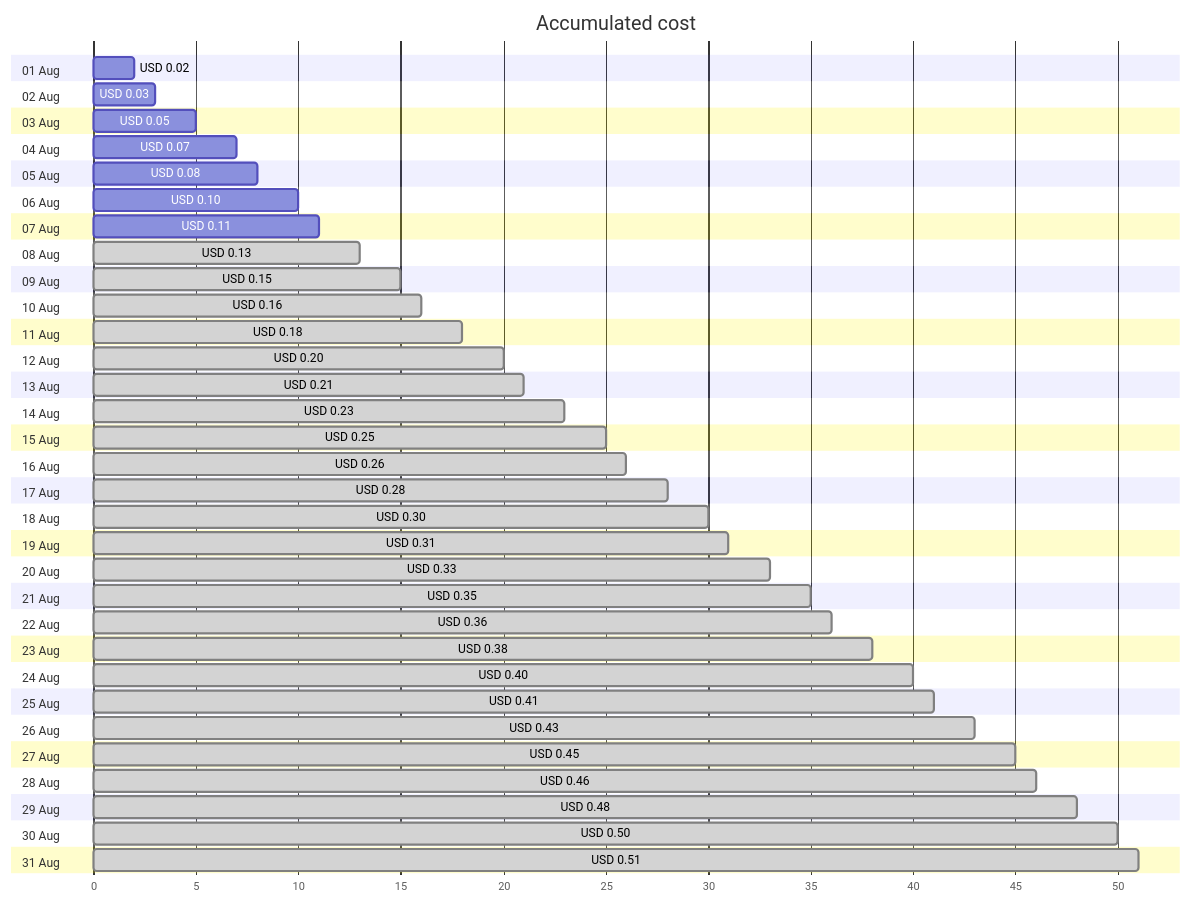
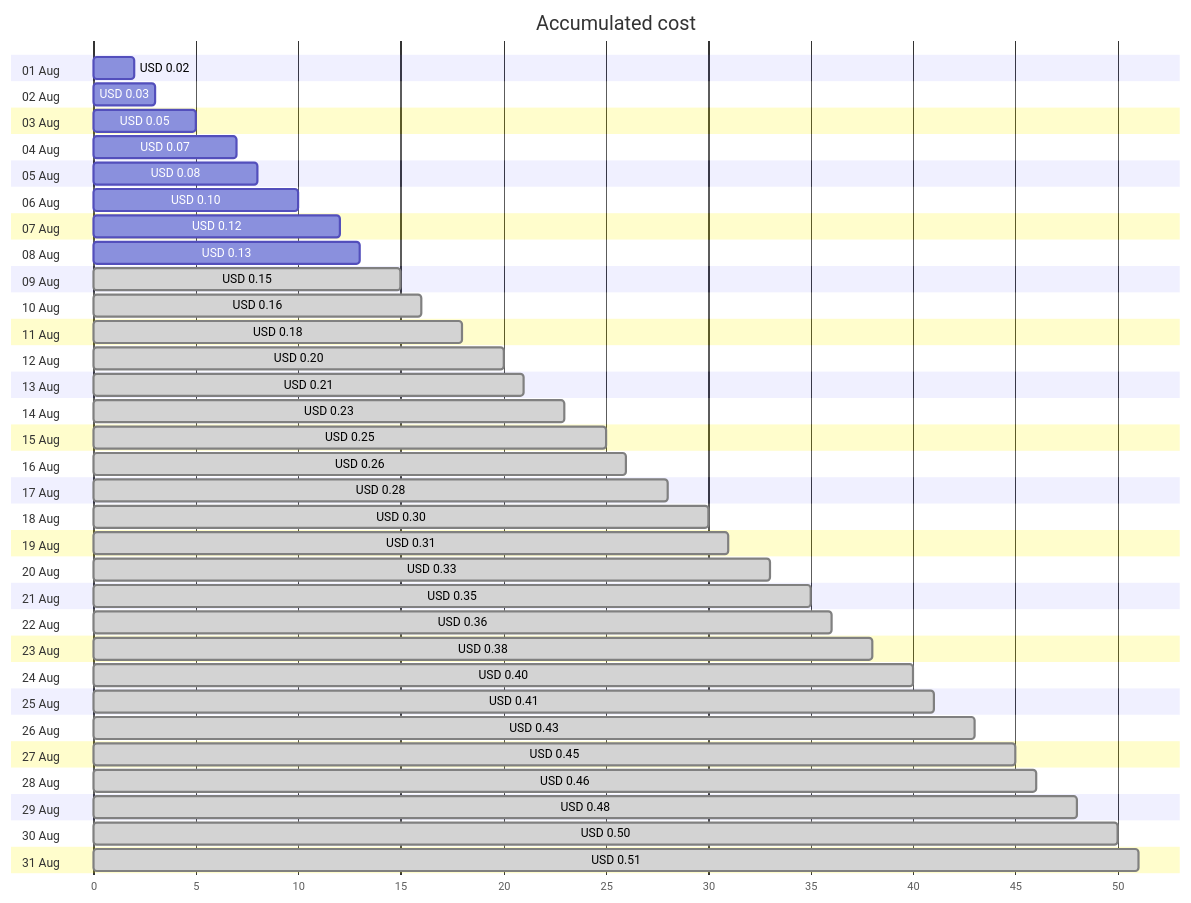
The first of 4 diagrams in cost-reports/personal-dns/jpatrickfulton.dev.md (jpfulton/azure-personal-reports), drawn with Mermaid before and after one commit. The commit also changed other lines of this file and 2 other files, not shown here.

````diff
--- a/cost-reports/personal-dns/jpatrickfulton.dev.md
+++ b/cost-reports/personal-dns/jpatrickfulton.dev.md
@@ -20,68 +20,68 @@
 ```mermaid
 gantt
    title Accumulated cost
    dateFormat  X
    axisFormat %s
    section 01 Aug
    USD 0.02 :0, 2
    section 02 Aug
    USD 0.03 :0, 3
    section 03 Aug
    USD 0.05 :0, 5
    section 04 Aug
    USD 0.07 :0, 7
    section 05 Aug
    USD 0.08 :0, 8
    section 06 Aug
    USD 0.10 :0, 10
    section 07 Aug
-   USD 0.11 :0, 11
+   USD 0.12 :0, 12
    section 08 Aug
-   USD 0.13 : done, 0, 13
+   USD 0.13 :0, 13
    section 09 Aug
    USD 0.15 : done, 0, 15
    section 10 Aug
    USD 0.16 : done, 0, 16
    section 11 Aug
    USD 0.18 : done, 0, 18
    section 12 Aug
    USD 0.20 : done, 0, 20
    section 13 Aug
    USD 0.21 : done, 0, 21
    section 14 Aug
    USD 0.23 : done, 0, 23
    section 15 Aug
    USD 0.25 : done, 0, 25
    section 16 Aug
    USD 0.26 : done, 0, 26
    section 17 Aug
    USD 0.28 : done, 0, 28
    section 18 Aug
    USD 0.30 : done, 0, 30
    section 19 Aug
    USD 0.31 : done, 0, 31
    section 20 Aug
    USD 0.33 : done, 0, 33
    section 21 Aug
    USD 0.35 : done, 0, 35
    section 22 Aug
    USD 0.36 : done, 0, 36
    section 23 Aug
    USD 0.38 : done, 0, 38
    section 24 Aug
    USD 0.40 : done, 0, 40
    section 25 Aug
    USD 0.41 : done, 0, 41
    section 26 Aug
    USD 0.43 : done, 0, 43
    section 27 Aug
    USD 0.45 : done, 0, 45
    section 28 Aug
    USD 0.46 : done, 0, 46
    section 29 Aug
    USD 0.48 : done, 0, 48
    section 30 Aug
    USD 0.50 : done, 0, 50
    section 31 Aug
    USD 0.51 : done, 0, 51
 ```
````
